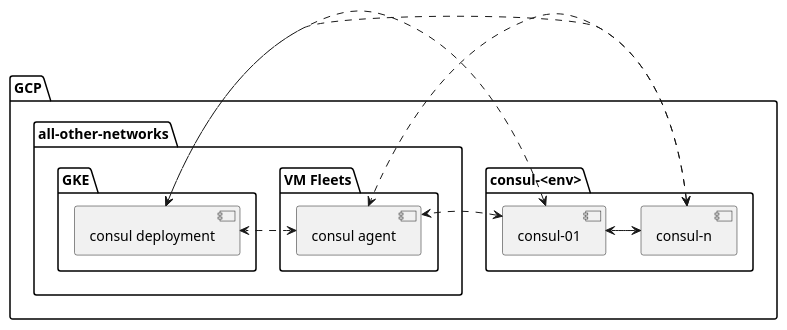
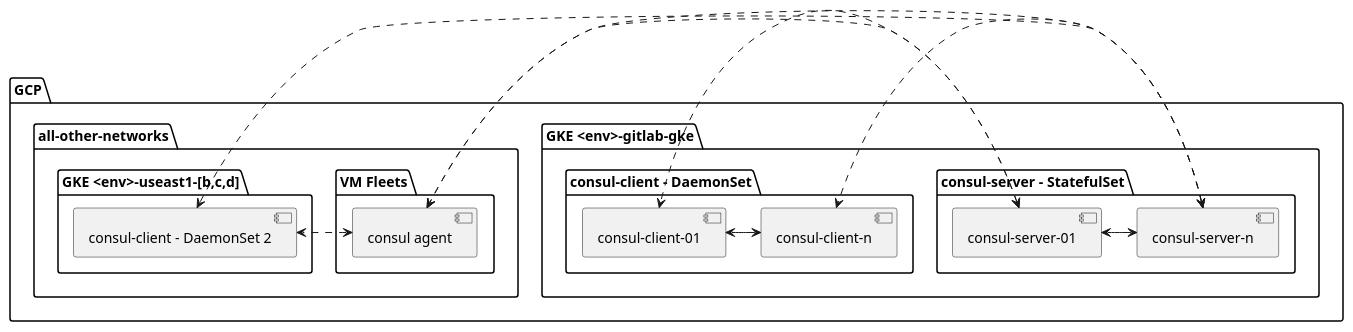
One commit to mattrussi/gitlab-com-runbooks changed the diagram in docs/consul/README.md. Above: the diagram before and after it, drawn with PlantUML. The commit also changed other lines of this file and 2 other files, not shown here.

Commit message:
Add documentation for k8s Consul Server

````diff
--- a/docs/consul/README.md
+++ b/docs/consul/README.md
@@ -72,28 +73,39 @@
 ```plantuml
 @startuml
 
 package "GCP" {
-  package "consul-<env>" {
-    [consul-01]
-    [consul-n]
+  package "GKE <env>-gitlab-gke" {
+    package "consul-server - StatefulSet" {
+      [consul-server-01]
+      [consul-server-n]
+    }
+    package "consul-client - DaemonSet" {
+      [consul-client-01]
+      [consul-client-n]
+    }
   }
+  
   package "all-other-networks" {
     package "VM Fleets" {
       [consul agent]
     }
-    package "GKE" {
-      [consul deployment]
+    package "GKE <env>-useast1-[b,c,d]" {
+      [consul-client - DaemonSet 2]
     }
   }
 }
 
-[consul-01] <-> [consul-n]
+[consul-server-01] <-> [consul-server-n]
+[consul-client-01] <-> [consul-client-n]
 
-[consul-01] <.> [consul deployment]
-[consul-n] <.> [consul deployment]
-[consul agent] <.> [consul deployment]
-[consul-01] <.> [consul agent]
-[consul-n] <.> [consul agent]
+[consul-server-01] <.> [consul-client-01]
+
+[consul-server-n] <.> [consul-client-n]
+[consul-server-n] <.> [consul-client - DaemonSet 2]
+[consul agent] <.> [consul-client - DaemonSet 2]
+
+[consul-server-01] <.> [consul agent]
+[consul-server-n] <.> [consul agent]
 
 @enduml
 ```
````
